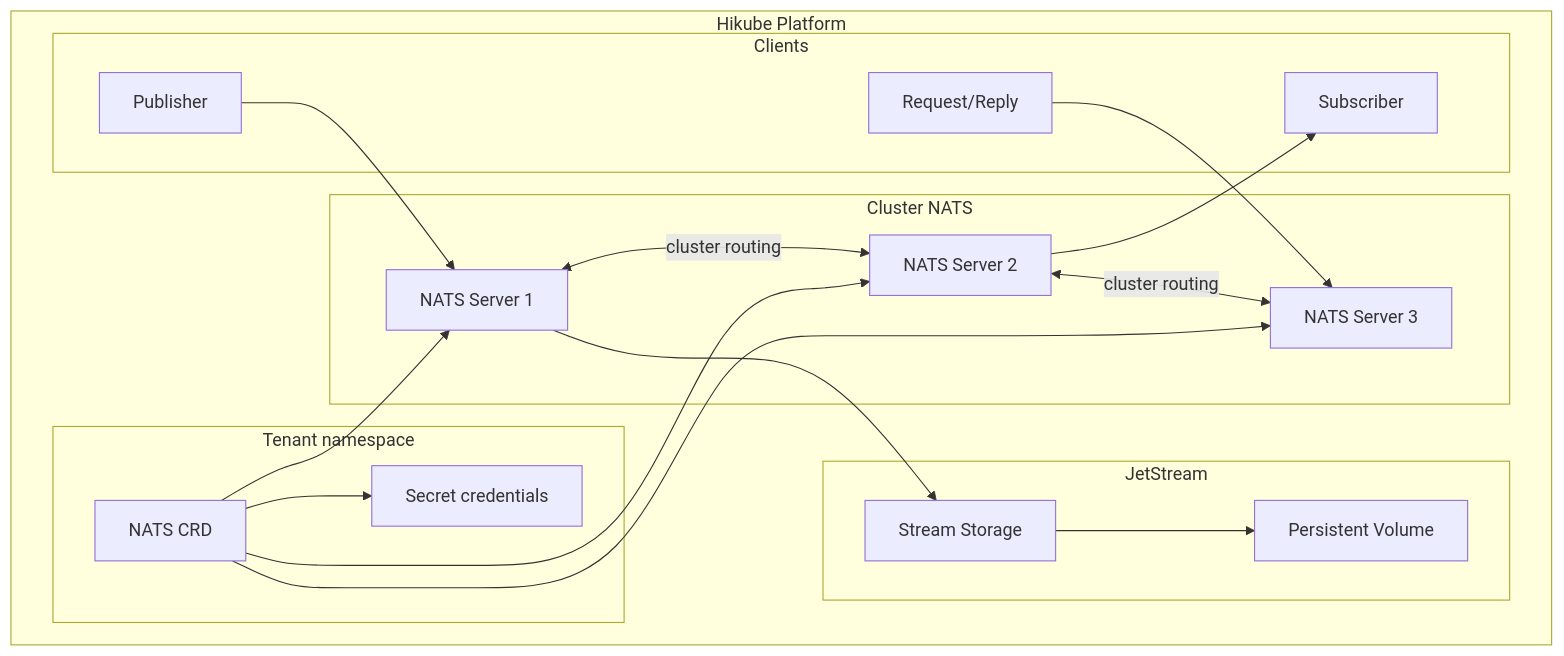
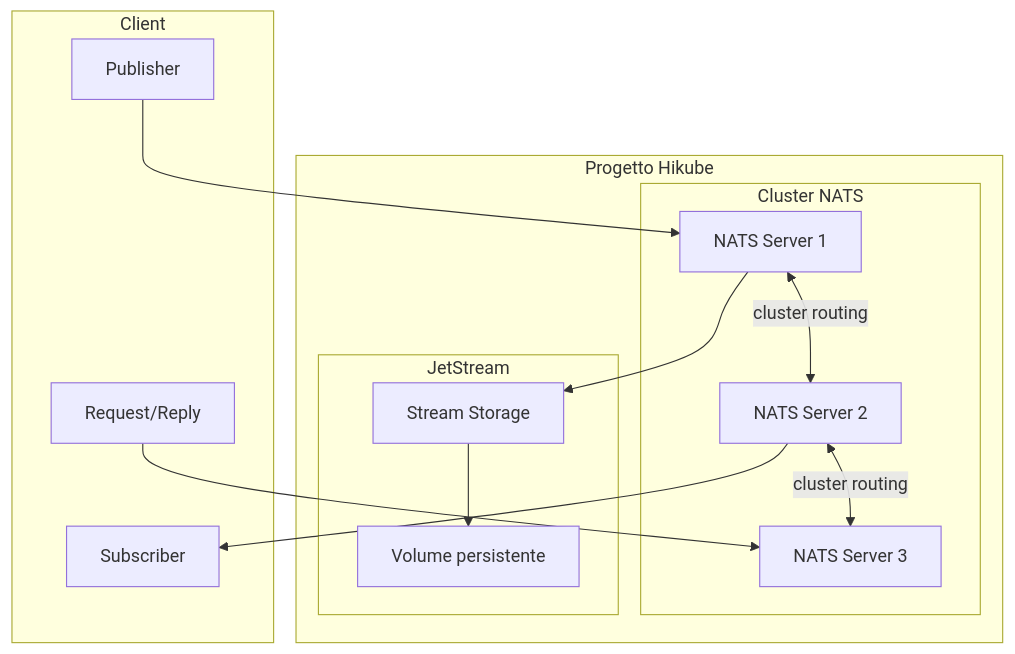
The first of 4 diagrams in i18n/it/docusaurus-plugin-content-docs/current/services/messaging/nats/concepts.md (HidoraSwiss/hikube-public-doc), drawn with Mermaid before and after one commit. The commit also changed other lines of this file and 148 other files, not shown here.

````diff
--- a/i18n/it/docusaurus-plugin-content-docs/current/services/messaging/nats/concepts.md
+++ b/i18n/it/docusaurus-plugin-content-docs/current/services/messaging/nats/concepts.md
@@ -12,38 +17,29 @@
 ```mermaid
 graph TB
-    subgraph "Hikube Platform"
-        subgraph "Tenant namespace"
-            CR[NATS CRD]
-            SEC[Secret credentials]
-        end
-
+    subgraph "Progetto Hikube"
         subgraph "Cluster NATS"
             N1[NATS Server 1]
             N2[NATS Server 2]
             N3[NATS Server 3]
         end
 
         subgraph "JetStream"
             JS[Stream Storage]
-            PV[Persistent Volume]
-        end
-
-        subgraph "Clients"
-            PUB[Publisher]
-            SUB[Subscriber]
-            REQ[Request/Reply]
+            PV[Volume persistente]
         end
     end
 
-    CR --> N1
-    CR --> N2
-    CR --> N3
+    subgraph "Client"
+        PUB[Publisher]
+        SUB[Subscriber]
+        REQ[Request/Reply]
+    end
+
     N1 <-->|cluster routing| N2
     N2 <-->|cluster routing| N3
     N1 --> JS
     JS --> PV
     PUB --> N1
     N2 --> SUB
     REQ --> N3
-    CR --> SEC
 ```
````
